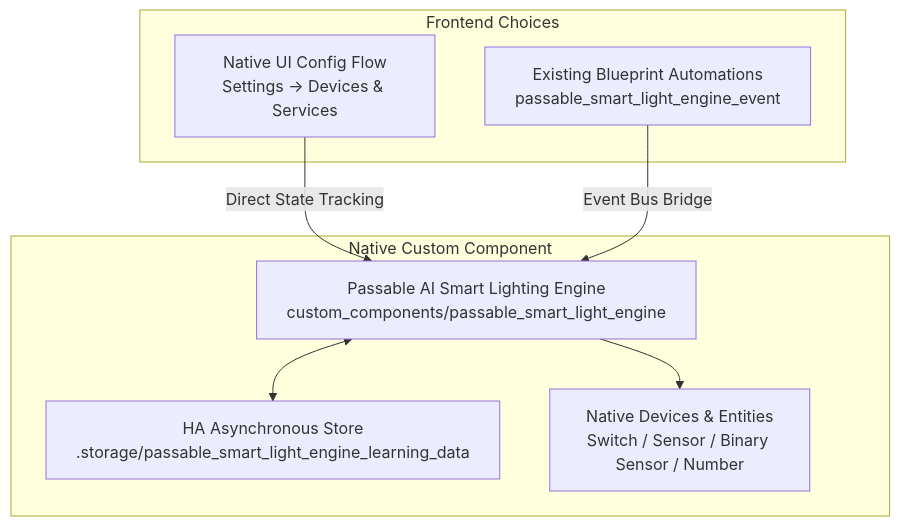
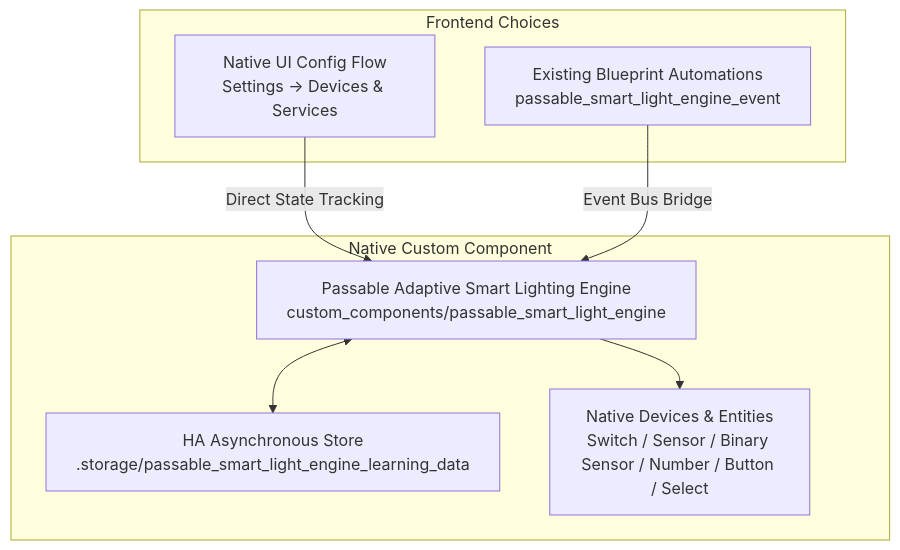
Before and after one commit to GBear09/passable-smart-light-engine: the diagram in README.md, drawn with Mermaid. The commit also changed other lines of this file and 15 other files, not shown here.

Commit message:
feat: rename to Passable Adaptive Smart Lighting Controller and add UI reset entities

````diff
--- a/README.md
+++ b/README.md
@@ -32,18 +32,18 @@
 ```mermaid
 graph TD
     subgraph Frontend Choices
         A1[Native UI Config Flow<br/>Settings -> Devices & Services]
         A2[Existing Blueprint Automations<br/>passable_smart_light_engine_event]
     end
 
     subgraph Native Custom Component
-        B[Passable AI Smart Lighting Engine<br/>custom_components/passable_smart_light_engine]
+        B[Passable Adaptive Smart Lighting Engine<br/>custom_components/passable_smart_light_engine]
         C[HA Asynchronous Store<br/>.storage/passable_smart_light_engine_learning_data]
-        D[Native Devices & Entities<br/>Switch / Sensor / Binary Sensor / Number]
+        D[Native Devices & Entities<br/>Switch / Sensor / Binary Sensor / Number / Button / Select]
     end
 
     A1 -->|Direct State Tracking| B
     A2 -->|Event Bus Bridge| B
     B <--> C
     B --> D
 ```
````
